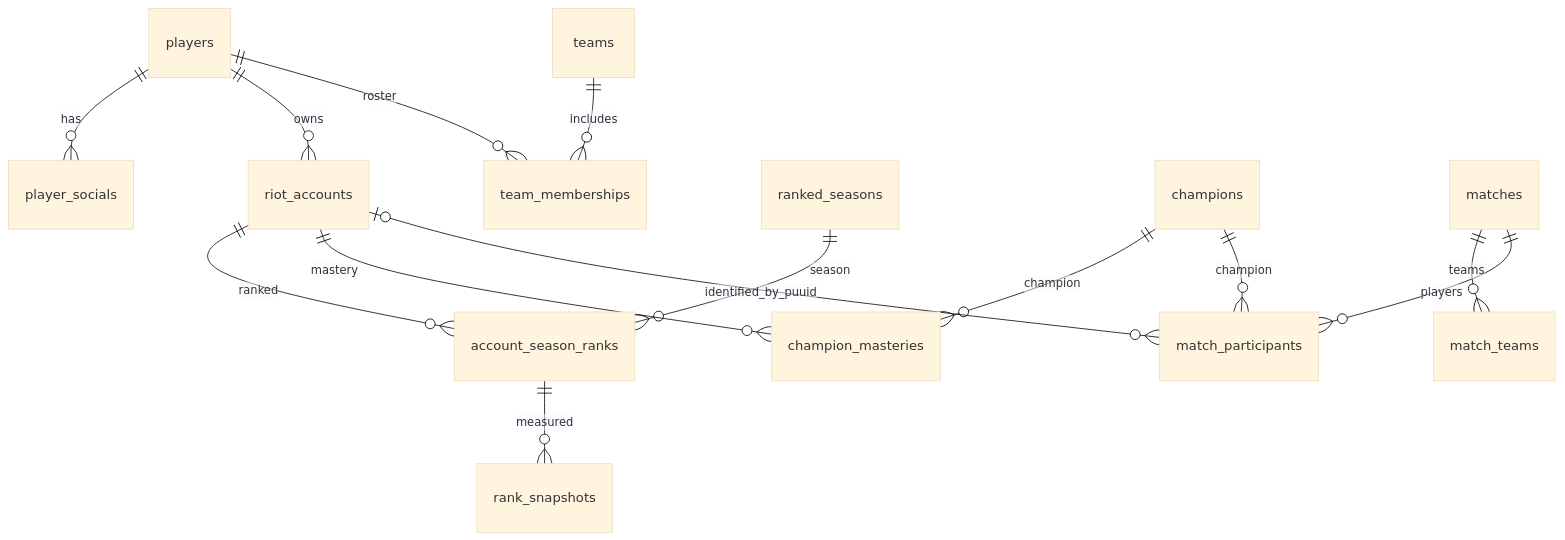
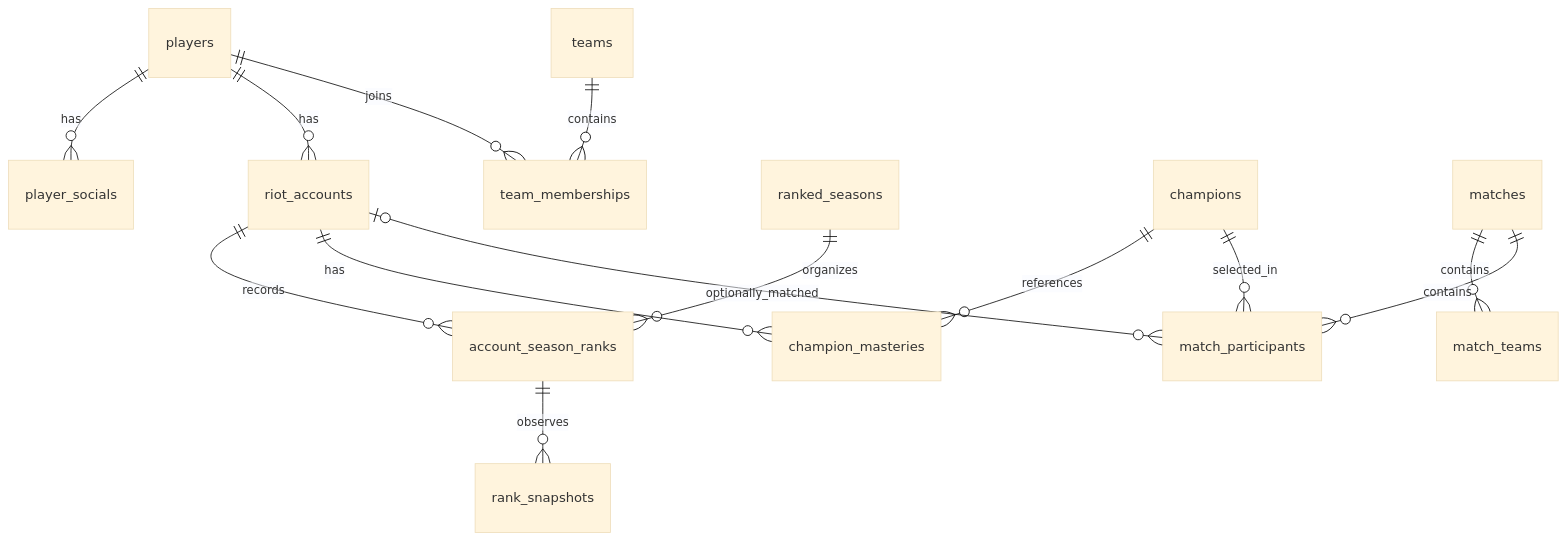
One commit to egvist/lol-app-api changed the first of 2 diagrams in docs/database.md. Above: the diagram before and after it, drawn with Mermaid (base theme). The commit also changed other lines of this file and 6 other files, not shown here.

````diff
--- a/docs/database.md
+++ b/docs/database.md
@@ -107,16 +131,16 @@
 ```mermaid
 erDiagram
     players ||--o{ player_socials : has
-    players ||--o{ riot_accounts : owns
-    players ||--o{ team_memberships : roster
-    teams ||--o{ team_memberships : includes
-    riot_accounts ||--o{ account_season_ranks : ranked
-    ranked_seasons ||--o{ account_season_ranks : season
-    account_season_ranks ||--o{ rank_snapshots : measured
-    riot_accounts ||--o{ champion_masteries : mastery
-    champions ||--o{ champion_masteries : champion
-    matches ||--o{ match_teams : teams
-    matches ||--o{ match_participants : players
-    champions ||--o{ match_participants : champion
-    riot_accounts |o--o{ match_participants : identified_by_puuid
+    players ||--o{ riot_accounts : has
+    players ||--o{ team_memberships : joins
+    teams ||--o{ team_memberships : contains
+    riot_accounts ||--o{ account_season_ranks : records
+    ranked_seasons ||--o{ account_season_ranks : organizes
+    account_season_ranks ||--o{ rank_snapshots : observes
+    riot_accounts ||--o{ champion_masteries : has
+    champions ||--o{ champion_masteries : references
+    matches ||--o{ match_teams : contains
+    matches ||--o{ match_participants : contains
+    champions ||--o{ match_participants : selected_in
+    riot_accounts |o--o{ match_participants : optionally_matched
 ```
````
